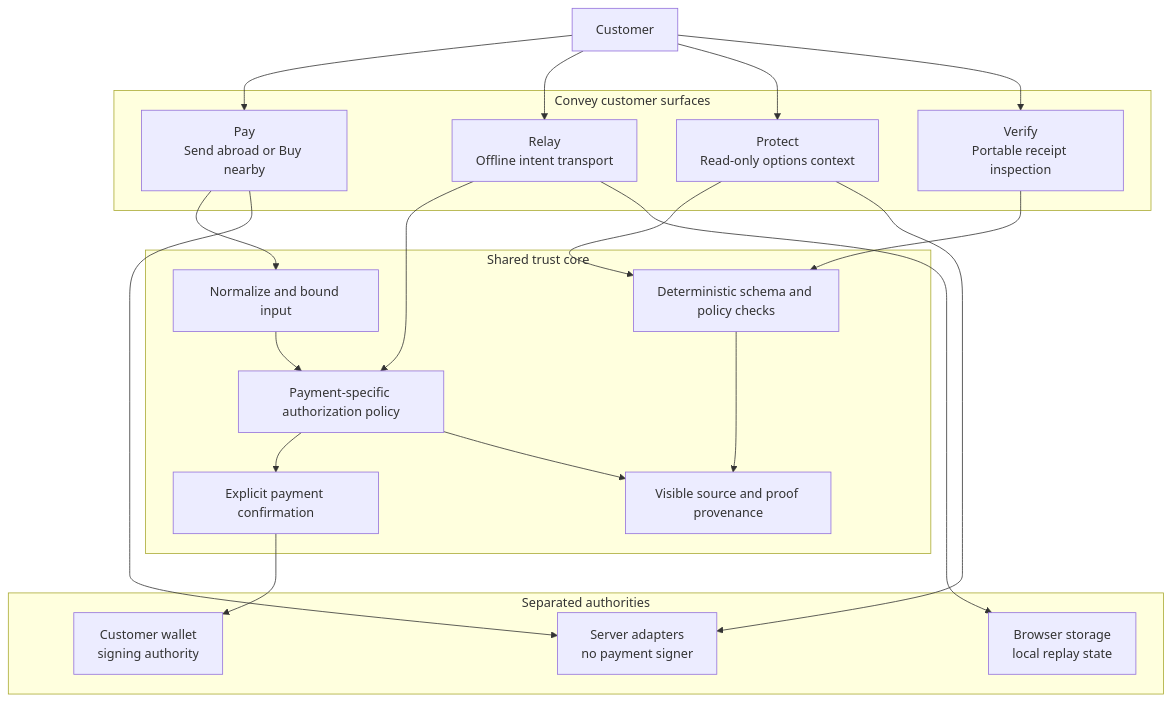
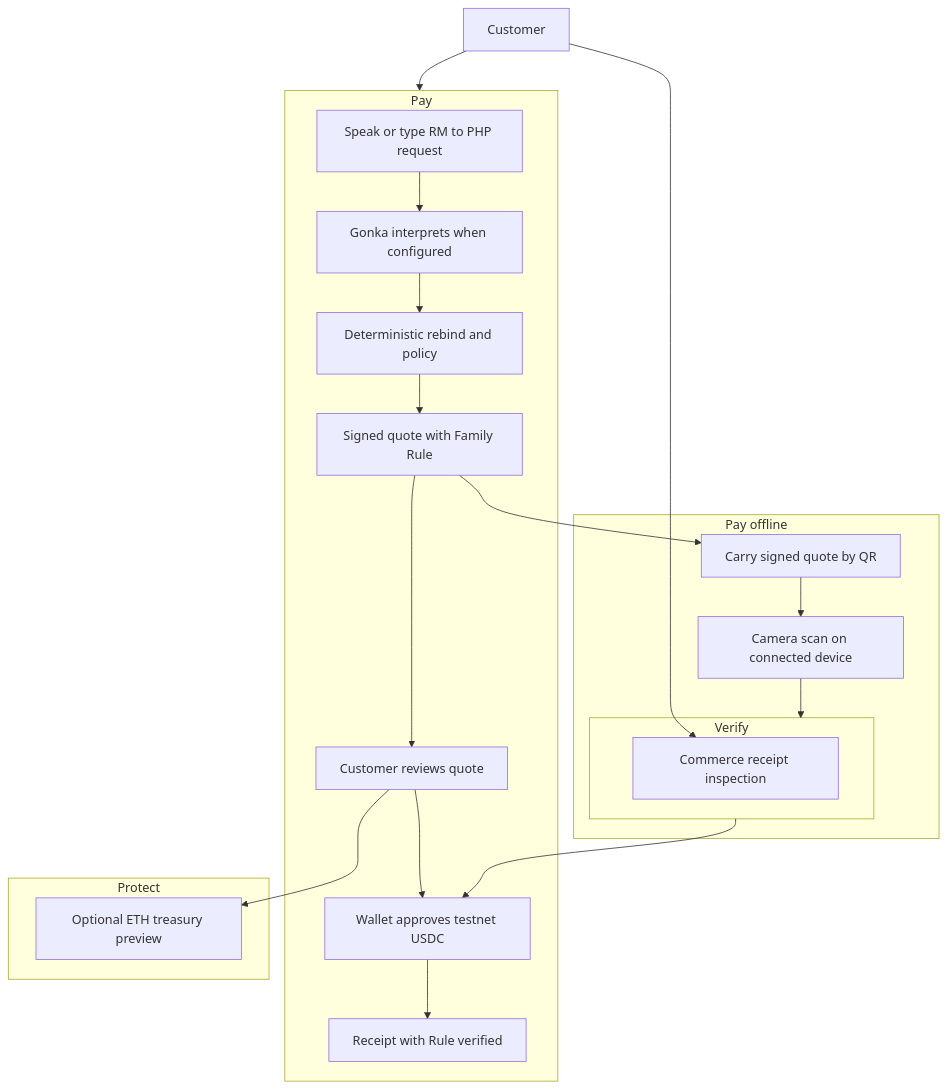
One commit to MUBA-Hack/convey-sui changed the first of 4 diagrams in README.md. Above: the diagram before and after it, drawn with Mermaid. The commit also changed other lines of this file and 53 other files, not shown here.

Commit message:
Unify intent-aware remittance and offline handoff

````diff
--- a/README.md
+++ b/README.md
@@ -252,40 +318,36 @@
 ```mermaid
 flowchart TB
   Customer["Customer"]
 
-  subgraph Surfaces["Convey customer surfaces"]
-    Pay["Pay<br/>Send abroad or Buy nearby"]
-    Relay["Relay<br/>Offline intent transport"]
-    Protect["Protect<br/>Read-only options context"]
-    Verify["Verify<br/>Portable receipt inspection"]
+  subgraph Pay["Pay"]
+    Request["Speak or type RM to PHP request"]
+    Interpret["Gonka interprets when configured"]
+    Rebind["Deterministic rebind and policy"]
+    Quote["Signed quote with Family Rule"]
+    Review["Customer reviews quote"]
+    Wallet["Wallet approves testnet USDC"]
+    Receipt["Receipt with Rule verified"]
+    Request --> Interpret --> Rebind --> Quote --> Review --> Wallet --> Receipt
   end
 
-  subgraph Trust["Shared trust core"]
-    Normalize["Normalize and bound input"]
-    Validate["Deterministic schema and policy checks"]
-    PaymentPolicy["Payment-specific authorization policy"]
-    Confirm["Explicit payment confirmation"]
-    Provenance["Visible source and proof provenance"]
+  subgraph Carry["Pay offline"]
+    Qr["Carry signed quote by QR"]
+    Scan["Camera scan on connected device"]
+    Verify["Connected verify before approval"]
+    Qr --> Scan --> Verify
   end
 
-  subgraph Authority["Separated authorities"]
-    Wallet["Customer wallet<br/>signing authority"]
-    Local["Browser storage<br/>local replay state"]
-    Server["Server adapters<br/>no payment signer"]
+  subgraph Protect["Protect"]
+    Eth["Optional ETH treasury preview"]
+  end
+
+  subgraph Verify["Verify"]
+    Proof["Commerce receipt inspection"]
   end
 
   Customer --> Pay
-  Customer --> Relay
-  Customer --> Protect
-  Customer --> Verify
-  Pay --> Normalize --> PaymentPolicy
-  Relay --> PaymentPolicy
-  PaymentPolicy --> Confirm --> Wallet
-  Protect --> Validate
-  Verify --> Validate
-  Validate --> Provenance
-  PaymentPolicy --> Provenance
-  Relay --> Local
-  Pay --> Server
-  Protect --> Server
+  Quote --> Qr
+  Verify --> Wallet
+  Review --> Eth
+  Customer --> Proof
 ```
````
